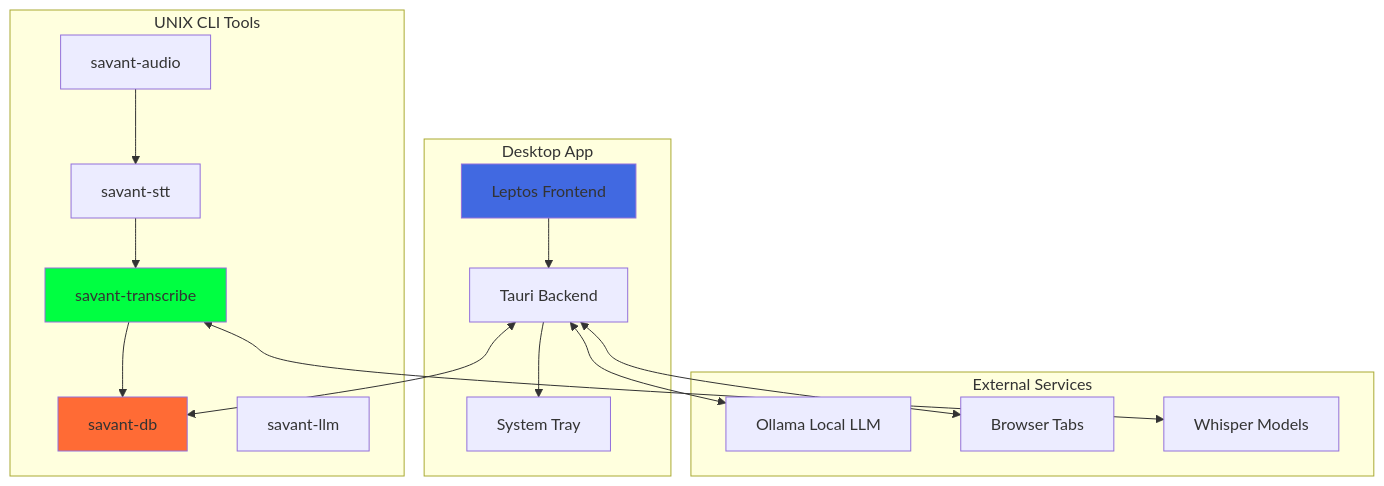
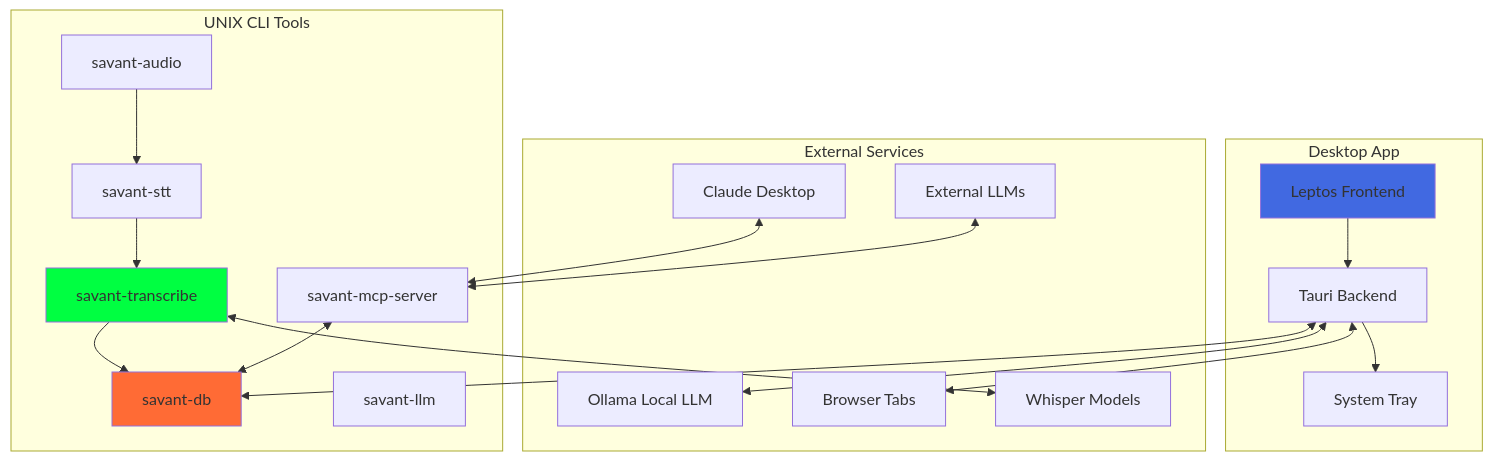
Before and after one commit to yeager620/savant-ai: the first of 2 diagrams in README.md, drawn with Mermaid. The commit also changed other lines of this file and 20 other files, not shown here.

Commit message:
started on mcp server for smart database

````diff
--- a/README.md
+++ b/README.md
@@ -30,29 +32,35 @@
 ```mermaid
 graph TB
     subgraph "Desktop App"
         UI[Leptos Frontend] --> Backend[Tauri Backend]
         Backend --> Tray[System Tray]
     end
     
     subgraph "UNIX CLI Tools"
         Audio[savant-audio] --> STT[savant-stt]
         STT --> Transcribe[savant-transcribe]
         Transcribe --> DB[savant-db]
         LLM[savant-llm]
+        MCP[savant-mcp-server]
     end
     
     subgraph "External Services"
         Ollama[Ollama Local LLM]
         Browser[Browser Tabs]
         Whisper[Whisper Models]
+        Claude[Claude Desktop]
+        ChatGPT[External LLMs]
     end
     
     Backend <--> Ollama
     Backend <--> Browser
+    Backend <--> DB
     Transcribe <--> Whisper
-    Backend <--> DB
+    MCP <--> DB
+    Claude <--> MCP
+    ChatGPT <--> MCP
     
     style UI fill:#4169e1
     style Transcribe fill:#00ff41
     style DB fill:#ff6b35
 ```
````
